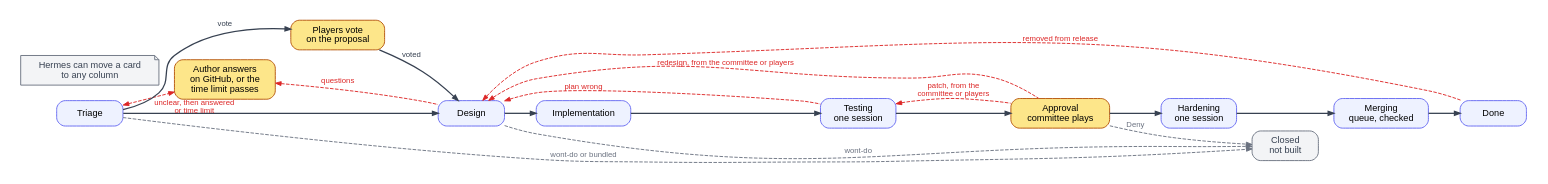
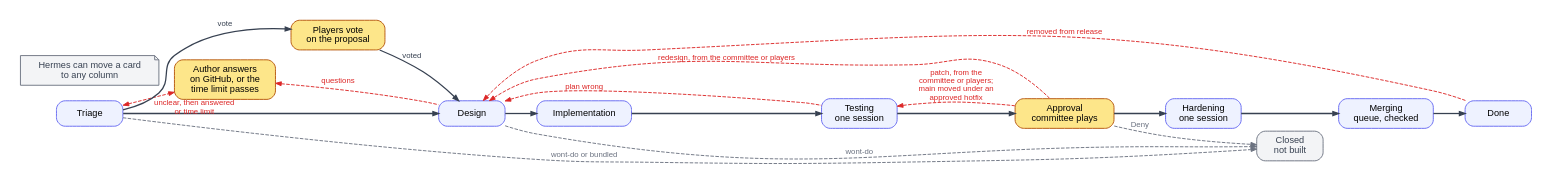
The diagram in factory/docs/diagrams/lifecycle.dot (ROAM-game-org/road-machiners), drawn with Graphviz before and after one commit. The commit also changed 14 other files, not shown here.

```diff
--- a/factory/docs/diagrams/lifecycle.dot
+++ b/factory/docs/diagrams/lifecycle.dot
@@ -1,30 +1,30 @@
 // Card lifecycle. Black: normal path. Red: loops back. Grey: ends early. Yellow: waits for people, and the author wait has a time limit.
 digraph lifecycle {
   rankdir=LR; nodesep=0.3; ranksep=0.6; bgcolor=white; pad=0.3; forcelabels=true;
   node [shape=box, style="rounded,filled", fillcolor="#eef2ff", color="#6366f1", fontname="Helvetica", fontsize=13, margin="0.2,0.1", penwidth=1.3, width=1.3];
   edge [color="#374151", penwidth=1.8, arrowsize=0.8, fontname="Helvetica", fontsize=11];
   T [label="Triage"]; D [label="Design"]; I [label="Implementation"];
   P [label="Testing\none session"]; A [label="Approval\ncommittee plays", fillcolor="#fde68a", color="#b45309"];
   H [label="Hardening\none session"]; G [label="Merging\nqueue, checked"]; M [label="Done"];
   W [label="Author answers\non GitHub, or the\ntime limit passes", fillcolor="#fde68a", color="#b45309"];
   V [label="Players vote\non the proposal", fillcolor="#fde68a", color="#b45309"];
   N [label="Hermes can move a card\nto any column", shape=note, style=filled, fillcolor="#f3f4f6", color="#6b7280", fontcolor="#374151"];
   X [label="Closed\nnot built", fillcolor="#f3f4f6", color="#6b7280", fontcolor="#374151"];
   T -> D -> I -> P -> A -> H -> G -> M [weight=100];
   // A loop is drawn as a forward edge with its arrow reversed, so it never bends the main line.
   edge [color="#dc2626", fontcolor="#dc2626", style=dashed, penwidth=1.3, dir=back, weight=0];
   T -> W [xlabel="unclear, then answered\nor time limit", dir=both, constraint=false];
   W -> D [label="questions"];
   edge [color="#374151", fontcolor="#374151", style=solid, penwidth=1.8, dir=forward, weight=0];
   T -> V [label="vote"];
   V -> D [label="voted"];
   edge [color="#dc2626", fontcolor="#dc2626", style=dashed, penwidth=1.3, dir=back, weight=0];
   D -> P [label="plan wrong"];
-  P -> A [label="patch, from the\ncommittee or players"];
+  P -> A [label="patch, from the\ncommittee or players;\nmain moved under an\napproved hotfix"];
   D -> A [label="redesign, from the committee or players"];
   D -> M [label="removed from release"];
   edge [color="#6b7280", fontcolor="#6b7280", style=dashed, penwidth=1.3, dir=forward, weight=0];
   T -> X [label="wont-do or bundled"];
   D -> X [label="wont-do"];
   A -> X [label="Deny"];
 }
```
